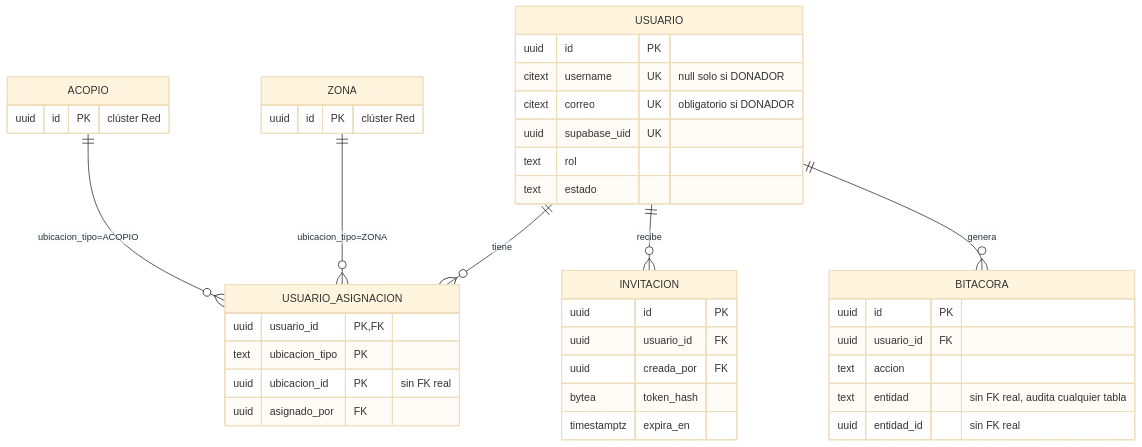
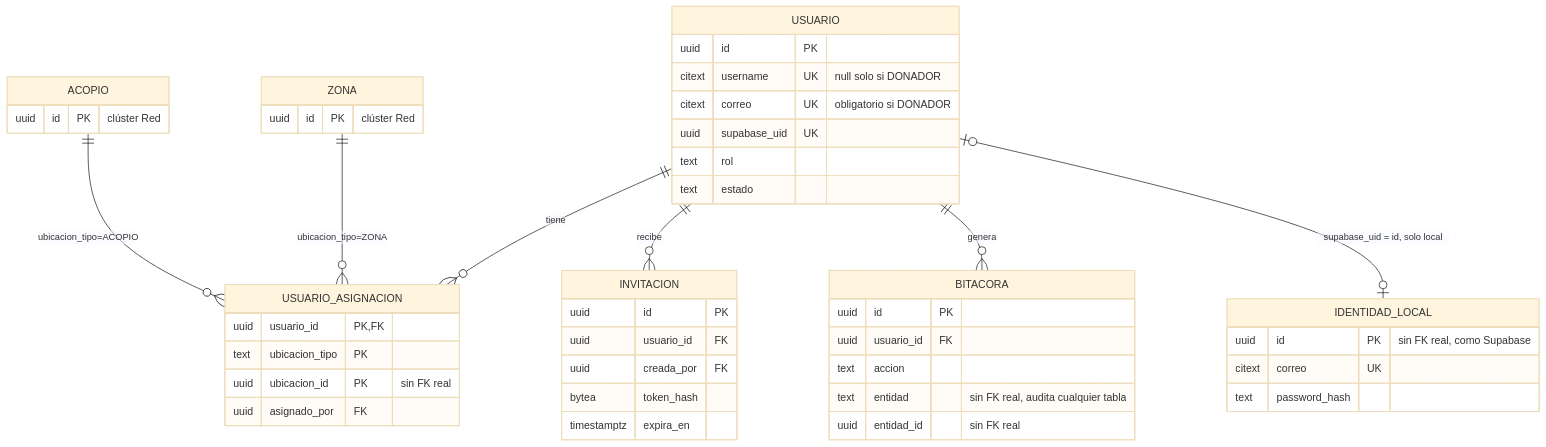
Before and after one commit to Proyecto-IngSoftware/acopio: the eighth of 8 diagrams in docs/02-arquitectura/modelo-datos.md, drawn with Mermaid (base theme). The commit also changed other lines of this file and 5 other files, not shown here.

````diff
--- a/docs/02-arquitectura/modelo-datos.md
+++ b/docs/02-arquitectura/modelo-datos.md
@@ -799,43 +826,49 @@
 ```mermaid
 erDiagram
     USUARIO ||--o{ USUARIO_ASIGNACION : tiene
     ACOPIO  ||--o{ USUARIO_ASIGNACION : "ubicacion_tipo=ACOPIO"
     ZONA    ||--o{ USUARIO_ASIGNACION : "ubicacion_tipo=ZONA"
     USUARIO ||--o{ INVITACION : recibe
     USUARIO ||--o{ BITACORA : genera
+    USUARIO |o--o| IDENTIDAD_LOCAL : "supabase_uid = id, solo local"
 
     ACOPIO {
         uuid id PK "clúster Red"
     }
     ZONA {
         uuid id PK "clúster Red"
     }
     USUARIO {
         uuid id PK
         citext username UK "null solo si DONADOR"
         citext correo UK "obligatorio si DONADOR"
         uuid supabase_uid UK
         text rol
         text estado
     }
     USUARIO_ASIGNACION {
         uuid usuario_id PK,FK
         text ubicacion_tipo PK
         uuid ubicacion_id PK "sin FK real"
         uuid asignado_por FK
     }
     INVITACION {
         uuid id PK
         uuid usuario_id FK
         uuid creada_por FK
         bytea token_hash
         timestamptz expira_en
     }
     BITACORA {
         uuid id PK
         uuid usuario_id FK
         text accion
         text entidad "sin FK real, audita cualquier tabla"
         uuid entidad_id "sin FK real"
     }
+    IDENTIDAD_LOCAL {
+        uuid id PK "sin FK real, como Supabase"
+        citext correo UK
+        text password_hash
+    }
 ```
````
